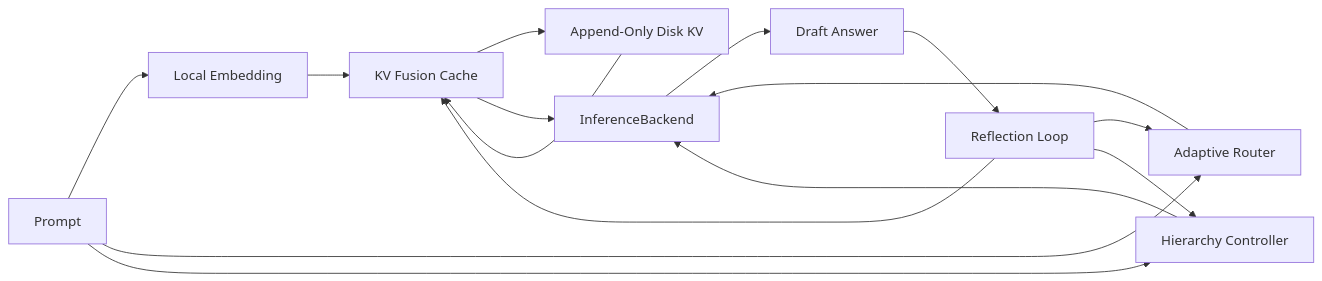
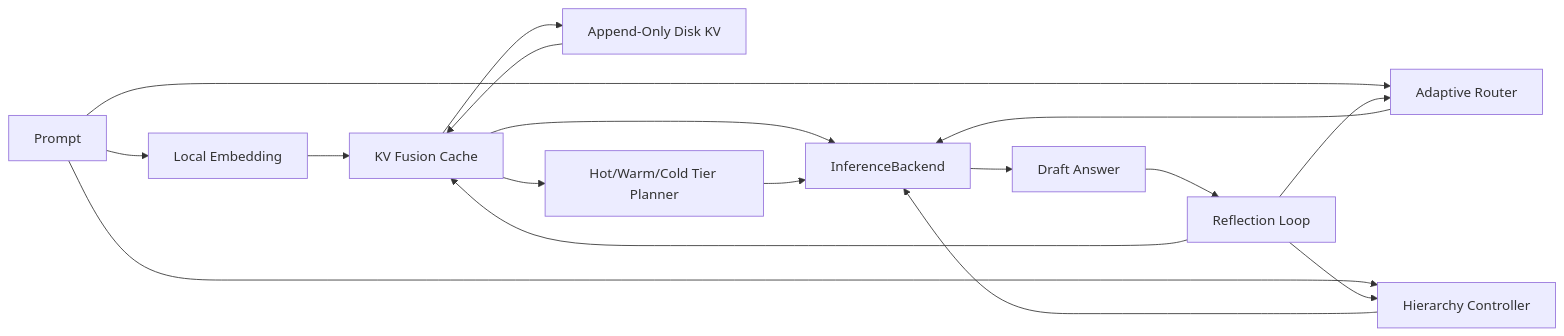
Before and after one commit to yanghao1143/rust-norion: the diagram in README.md, drawn with Mermaid. The commit also changed other lines of this file and 4 other files, not shown here.

````diff
--- a/README.md
+++ b/README.md
@@ -87,17 +88,19 @@
 ```mermaid
 flowchart LR
     Prompt[Prompt] --> Embed[Local Embedding]
     Embed --> Memory[KV Fusion Cache]
     Memory --> DiskKV[Append-Only Disk KV]
+    Memory --> Tiers[Hot/Warm/Cold Tier Planner]
     Prompt --> Router[Adaptive Router]
     Prompt --> Hierarchy[Hierarchy Controller]
     Memory --> Backend[InferenceBackend]
     DiskKV --> Memory
+    Tiers --> Backend
     Router --> Backend
     Hierarchy --> Backend
     Backend --> Draft[Draft Answer]
     Draft --> Reflect[Reflection Loop]
     Reflect --> Memory
     Reflect --> Router
     Reflect --> Hierarchy
 ```
````
